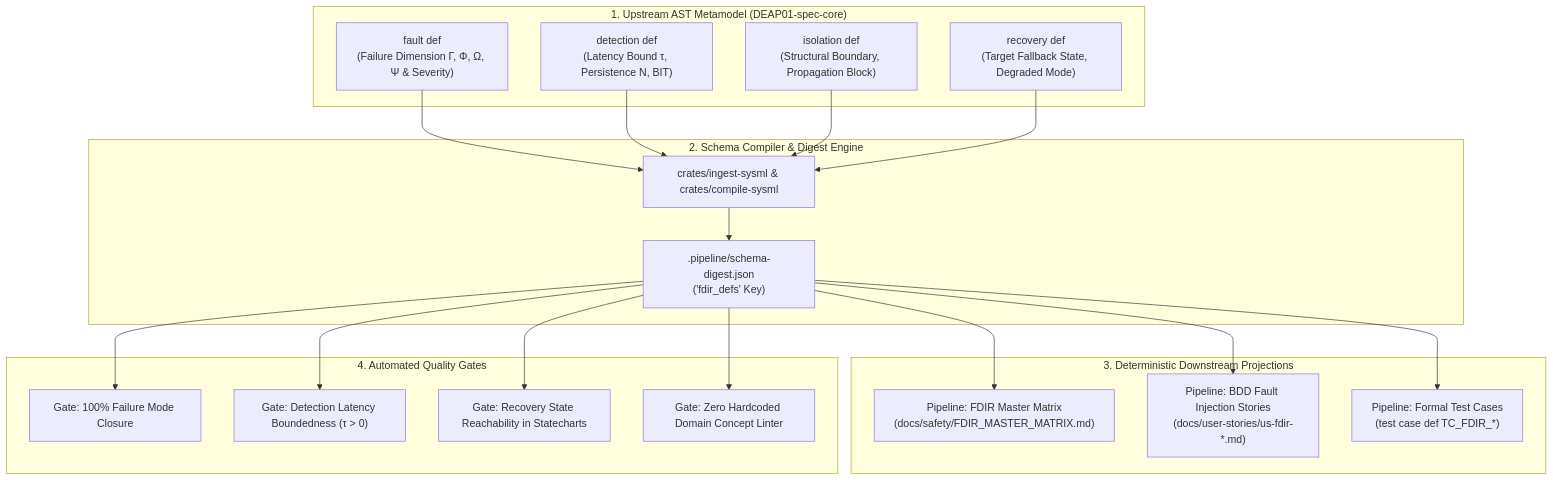
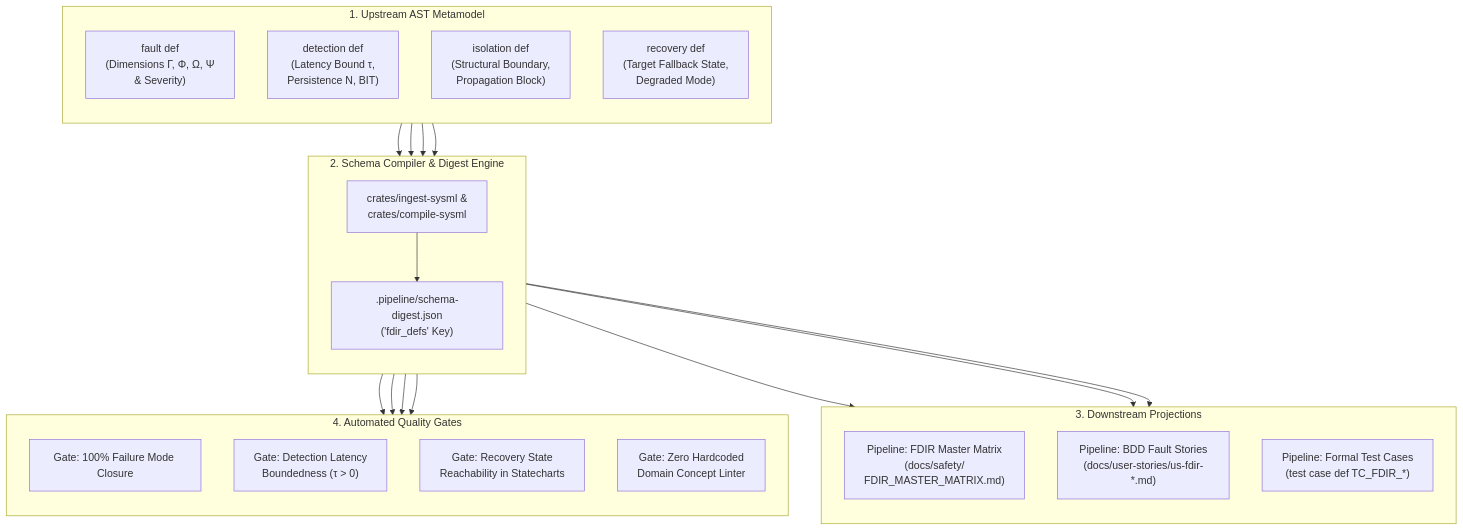
The first of 3 diagrams in docs/architecture/blueprints/DEAP_DOMAIN_INDEPENDENT_FDIR_BLUEPRINT.md (gintatkinson/DEAP01-spec-core), drawn with Mermaid before and after one commit. The commit also changed other lines of this file and 28 other files, not shown here.

Commit message:
feat(verify-baseline,deap-core,compile-sysml): implement Option C blueprint capabilities and Check 37 blueprint grounding gate

````diff
--- a/docs/architecture/blueprints/DEAP_DOMAIN_INDEPENDENT_FDIR_BLUEPRINT.md
+++ b/docs/architecture/blueprints/DEAP_DOMAIN_INDEPENDENT_FDIR_BLUEPRINT.md
@@ -47,27 +47,31 @@
 ```mermaid
 flowchart TD
-    subgraph "1. Upstream AST Metamodel (DEAP01-spec-core)"
-        F_DEF["fault def<br/>(Failure Dimension Γ, Φ, Ω, Ψ & Severity)"]
-        D_DEF["detection def<br/>(Latency Bound τ, Persistence N, BIT)"]
-        I_DEF["isolation def<br/>(Structural Boundary, Propagation Block)"]
-        R_DEF["recovery def<br/>(Target Fallback State, Degraded Mode)"]
+    subgraph "1. Upstream AST Metamodel"
+        direction TB
+        F_DEF["fault def<br/>(Dimensions Γ, Φ, Ω, Ψ<br/>& Severity)"]
+        D_DEF["detection def<br/>(Latency Bound τ,<br/>Persistence N, BIT)"]
+        I_DEF["isolation def<br/>(Structural Boundary,<br/>Propagation Block)"]
+        R_DEF["recovery def<br/>(Target Fallback State,<br/>Degraded Mode)"]
     end
 
     subgraph "2. Schema Compiler & Digest Engine"
-        F_DEF & D_DEF & I_DEF & R_DEF --> PARSER["crates/ingest-sysml & crates/compile-sysml"]
+        direction TB
+        F_DEF & D_DEF & I_DEF & R_DEF --> PARSER["crates/ingest-sysml &<br/>crates/compile-sysml"]
         PARSER --> DIGEST[".pipeline/schema-digest.json<br/>('fdir_defs' Key)"]
     end
 
-    subgraph "3. Deterministic Downstream Projections"
-        DIGEST --> MAT_PROJ["Pipeline: FDIR Master Matrix<br/>(docs/safety/FDIR_MASTER_MATRIX.md)"]
-        DIGEST --> BDD_PROJ["Pipeline: BDD Fault Injection Stories<br/>(docs/user-stories/us-fdir-*.md)"]
+    subgraph "3. Downstream Projections"
+        direction TB
+        DIGEST --> MAT_PROJ["Pipeline: FDIR Master Matrix<br/>(docs/safety/<br/>FDIR_MASTER_MATRIX.md)"]
+        DIGEST --> BDD_PROJ["Pipeline: BDD Fault Stories<br/>(docs/user-stories/us-fdir-*.md)"]
         DIGEST --> REQ_PROJ["Pipeline: Formal Test Cases<br/>(test case def TC_FDIR_*)"]
     end
 
     subgraph "4. Automated Quality Gates"
+        direction TB
         DIGEST --> G1["Gate: 100% Failure Mode Closure"]
-        DIGEST --> G2["Gate: Detection Latency Boundedness (τ > 0)"]
-        DIGEST --> G3["Gate: Recovery State Reachability in Statecharts"]
-        DIGEST --> G4["Gate: Zero Hardcoded Domain Concept Linter"]
+        DIGEST --> G2["Gate: Detection Latency<br/>Boundedness (τ > 0)"]
+        DIGEST --> G3["Gate: Recovery State<br/>Reachability in Statecharts"]
+        DIGEST --> G4["Gate: Zero Hardcoded<br/>Domain Concept Linter"]
     end
 ```
````
